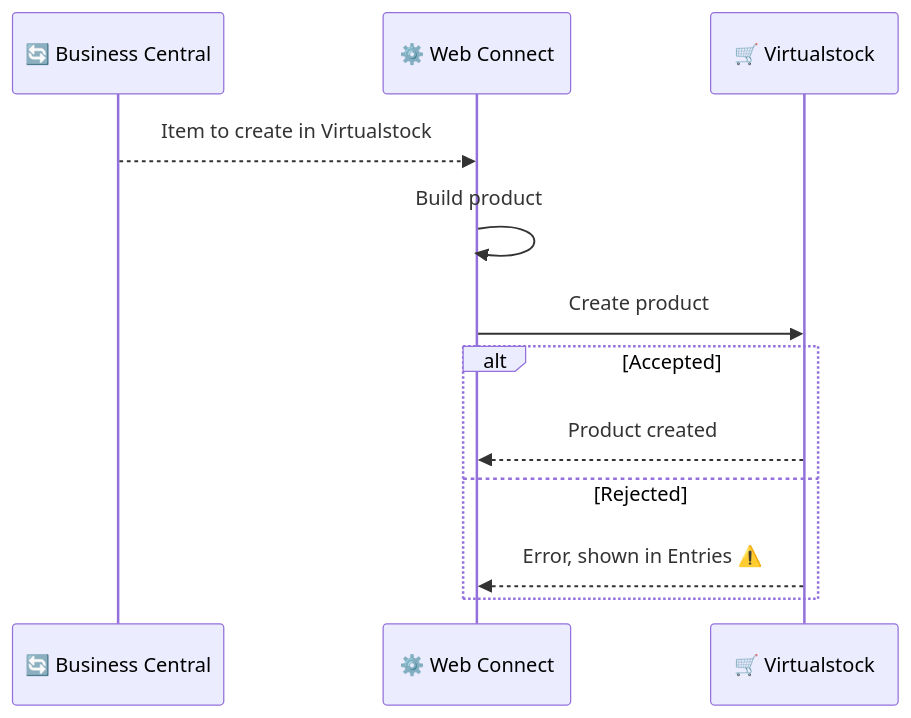
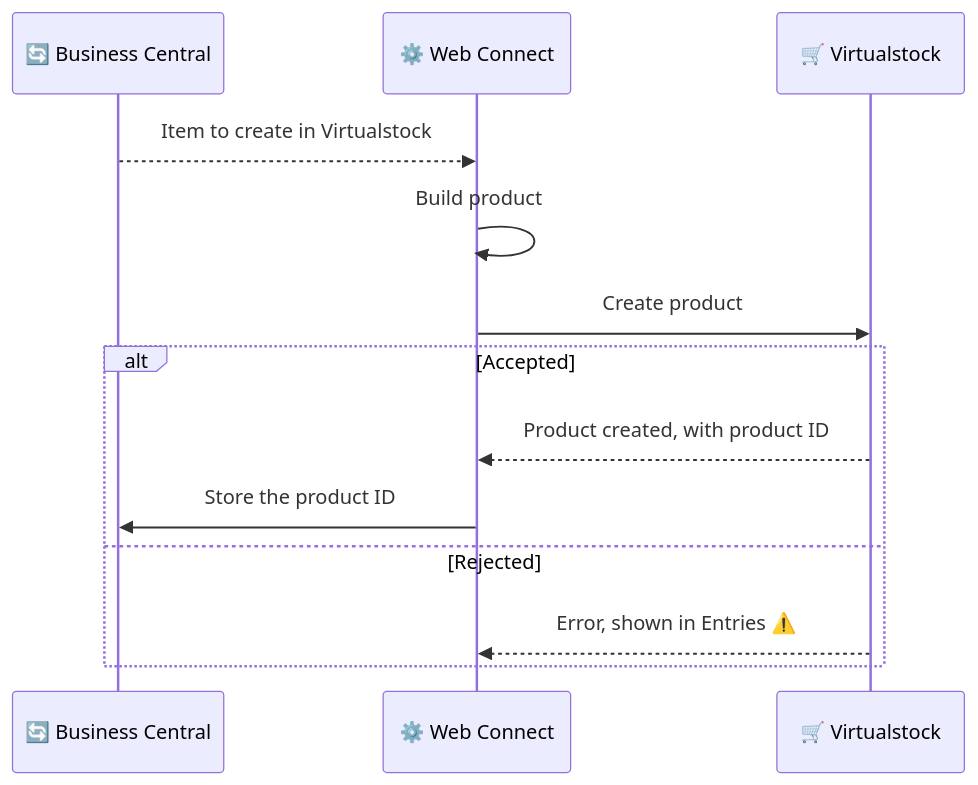
One commit to Combine-IT-ab/docs-general changed the diagram in docs/products/web-connect/integrations/virtual-stock/flows/product-data.md. Above: the diagram before and after it, drawn with Mermaid. The commit also changed other lines of this file and 5 other files, not shown here.

````diff
--- a/docs/products/web-connect/integrations/virtual-stock/flows/product-data.md
+++ b/docs/products/web-connect/integrations/virtual-stock/flows/product-data.md
@@ -38,15 +38,16 @@
 ```mermaid
 sequenceDiagram
     participant BC as 🔄 Business Central
     participant WC as ⚙️ Web Connect
     participant VS as 🛒 Virtualstock
 
     BC-->>WC: Item to create in Virtualstock
     WC->>WC: Build product
     WC->>VS: Create product
     alt Accepted
-        VS-->>WC: Product created
+        VS-->>WC: Product created, with product ID
+        WC->>BC: Store the product ID
     else Rejected
         VS-->>WC: Error, shown in Entries ⚠️
     end
 ```
````
